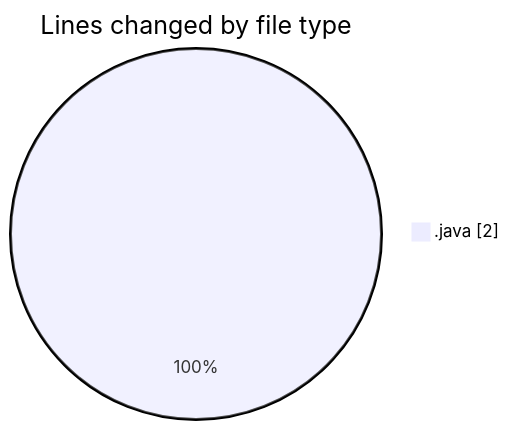
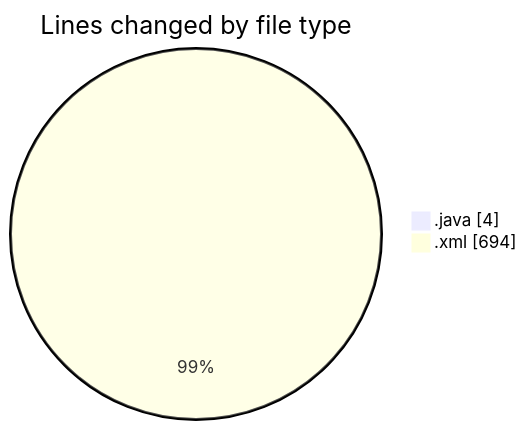
One commit to ricardozamudiocil/code-tracking changed the first of 2 diagrams in 2026-03-06/cilapp/README.md. Above: the diagram before and after it, drawn with Mermaid. The commit also changed other lines of this file and 1 other file, not shown here.

````diff
--- a/2026-03-06/cilapp/README.md
+++ b/2026-03-06/cilapp/README.md
@@ -20,5 +21,6 @@
 ```mermaid
 pie showData
 title Lines changed by file type
-".java" : 2
+".java" : 4
+".xml" : 694
 ```
````
